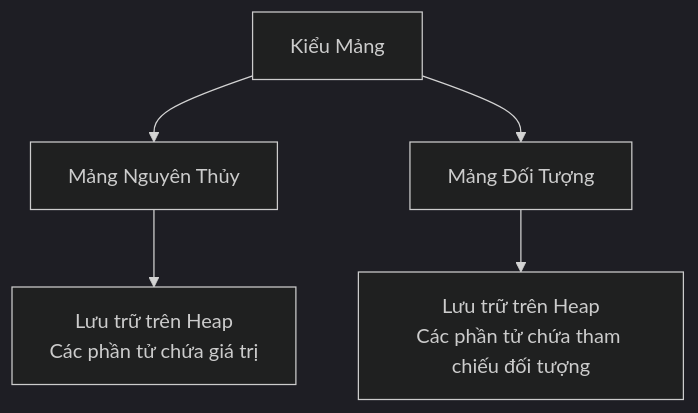
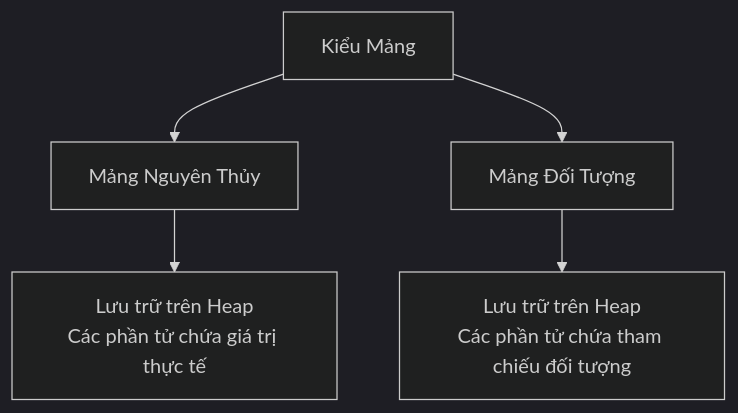
One commit to PhuThien2005/theoretical-of-java-core changed the diagram in vi/07-arrays/README.md. Above: the diagram before and after it, drawn with Mermaid (dark theme). The commit also changed other lines of this file and 229 other files, not shown here.

````diff
--- a/vi/07-arrays/README.md
+++ b/vi/07-arrays/README.md
@@ -21,7 +21,7 @@
 ```mermaid
 flowchart TD
     A[Kiểu Mảng] --> B[Mảng Nguyên Thủy]
     A --> C[Mảng Đối Tượng]
-    B --> B1[Lưu trữ trên Heap<br>Các phần tử chứa giá trị]
+    B --> B1[Lưu trữ trên Heap<br>Các phần tử chứa giá trị thực tế]
     C --> C1[Lưu trữ trên Heap<br>Các phần tử chứa tham chiếu đối tượng]
 ```
````
